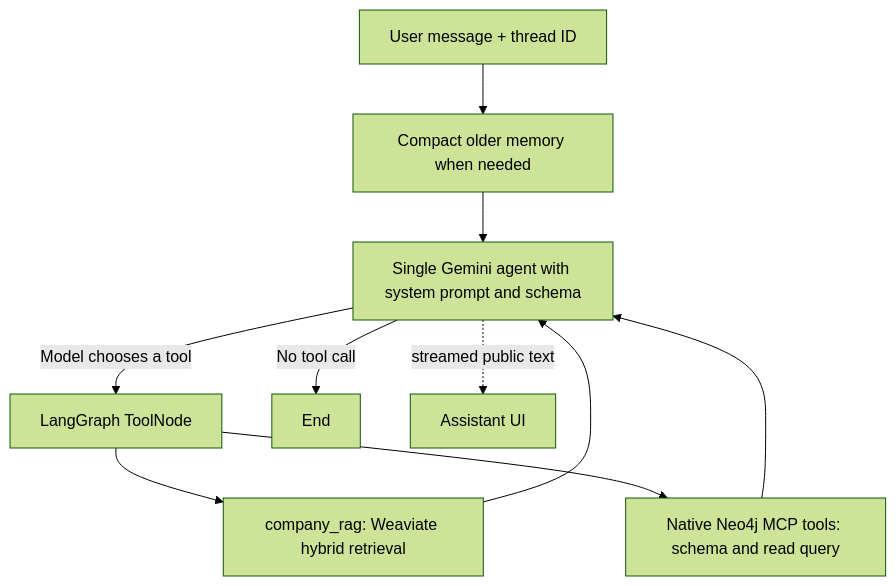
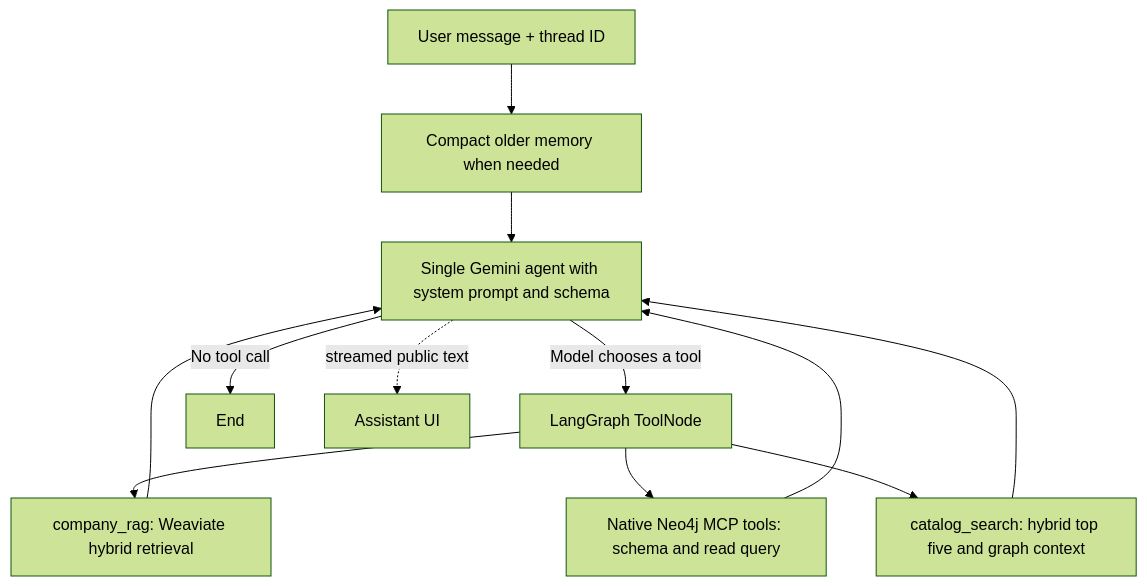
Before and after one commit to yethu-KL29/company-compass-ai: the diagram in docs/implementation-architecture.md, drawn with Mermaid (forest theme). The commit also changed other lines of this file and 16 other files, not shown here.

Commit message:
feat(retrieval): add Neo4j hybrid product discovery and graph context

````diff
--- a/docs/implementation-architecture.md
+++ b/docs/implementation-architecture.md
@@ -5,12 +31,14 @@
 ```mermaid
 flowchart TD
   U[User message + thread ID] --> M[Compact older memory when needed]
   M --> A[Single Gemini agent with system prompt and schema]
   A -->|Model chooses a tool| T[LangGraph ToolNode]
   T --> R[company_rag: Weaviate hybrid retrieval]
   T --> N[Native Neo4j MCP tools: schema and read query]
+  T --> S[catalog_search: hybrid top five and graph context]
+  S --> A
   R --> A
   N --> A
   A -->|No tool call| E[End]
   A -. streamed public text .-> UI[Assistant UI]
 ```
````
